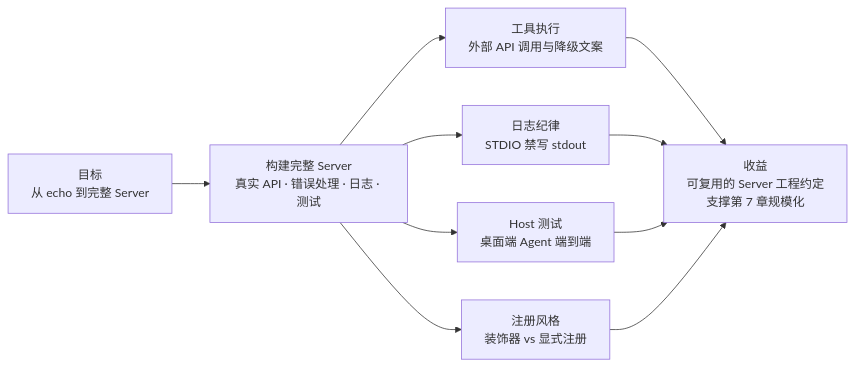
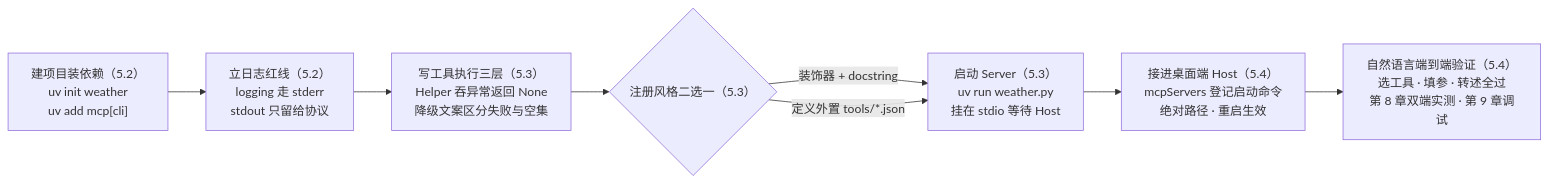
The diagram in books/mcp/chapters/05-build-server.md (ybak/ai-tutorial), drawn with Mermaid before and after one commit. The commit also changed other lines of this file and 8 other files, not shown here.

First line of the commit message:
docs(mcp): 章首图升级为操作流程图——写作指南双图式规范落地

````diff
--- a/books/mcp/chapters/05-build-server.md
+++ b/books/mcp/chapters/05-build-server.md
@@ -11,12 +11,10 @@
 ```mermaid
 flowchart LR
-    A["目标<br/>从 echo 到完整 Server"] --> B["构建完整 Server<br/>真实 API · 错误处理 · 日志 · 测试"]
-    B --> C["工具执行<br/>外部 API 调用与降级文案"]
-    B --> D["日志纪律<br/>STDIO 禁写 stdout"]
-    B --> E["Host 测试<br/>桌面端 Agent 端到端"]
-    B --> F["注册风格<br/>装饰器 vs 显式注册"]
-    C --> G["收益<br/>可复用的 Server 工程约定<br/>支撑第 7 章规模化"]
-    D --> G
-    E --> G
-    F --> G
+    A["建项目装依赖（5.2）<br/>uv init weather<br/>uv add mcp[cli]"] --> B["立日志红线（5.2）<br/>logging 走 stderr<br/>stdout 只留给协议"]
+    B --> C["写工具执行三层（5.3）<br/>Helper 吞异常返回 None<br/>降级文案区分失败与空集"]
+    C --> D{"注册风格二选一（5.3）"}
+    D -->|"装饰器 + docstring"| E["启动 Server（5.3）<br/>uv run weather.py<br/>挂在 stdio 等待 Host"]
+    D -->|"定义外置 tools/*.json"| E
+    E --> F["接进桌面端 Host（5.4）<br/>mcpServers 登记启动命令<br/>绝对路径 · 重启生效"]
+    F --> G["自然语言端到端验证（5.4）<br/>选工具 · 填参 · 转述全过<br/>第 8 章双端实测 · 第 9 章调试"]
 ```
````
